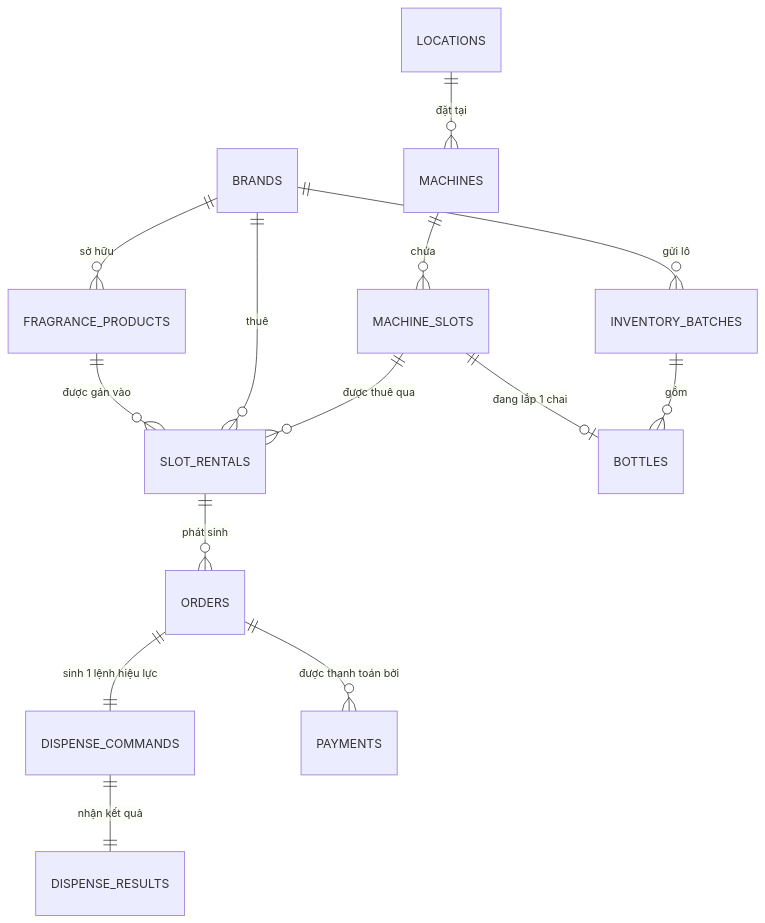
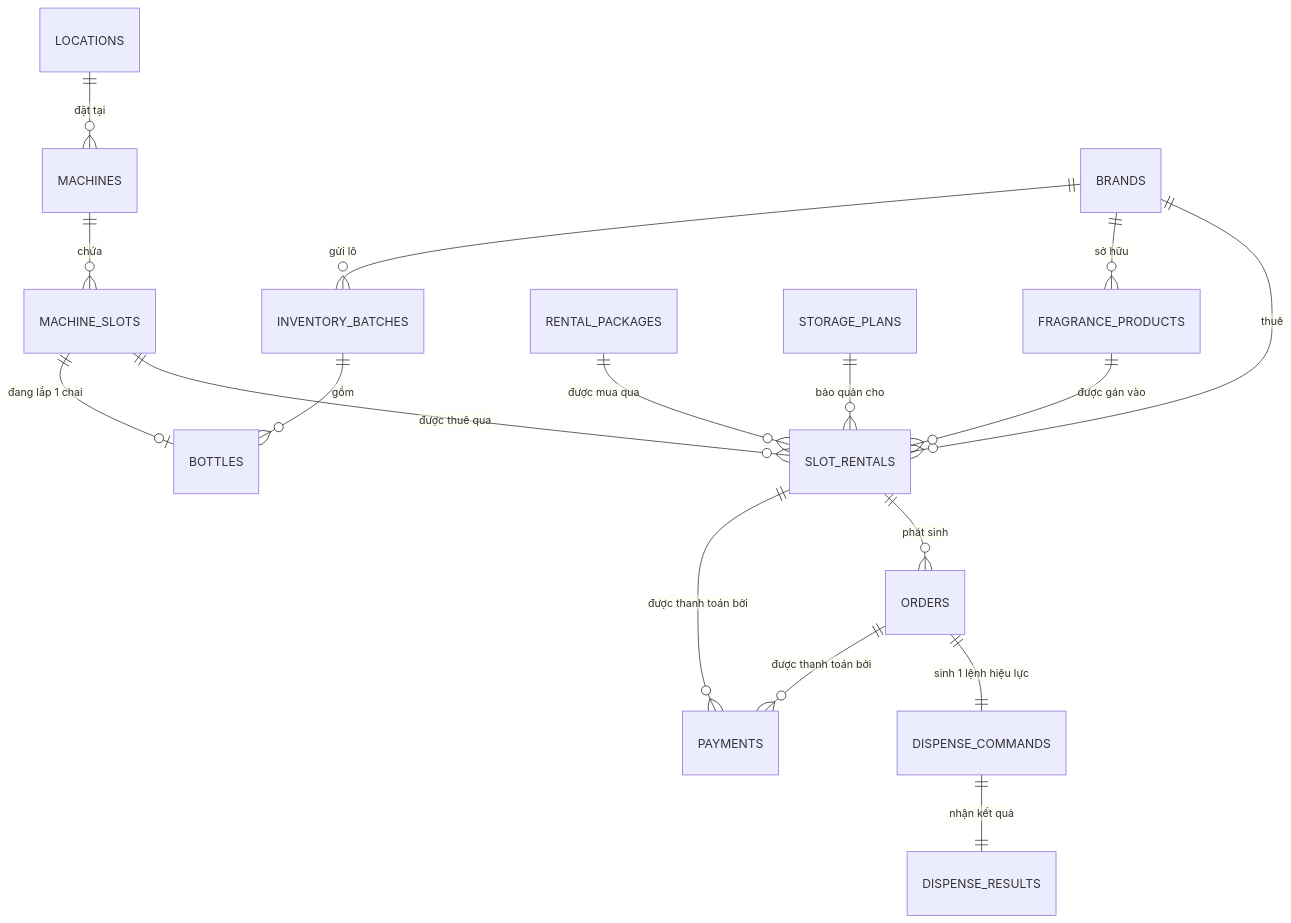
One commit to nhax-work/Muti-Brand_PerfumeIOT changed the first of 7 diagrams in spec/contracts/erd.md. Above: the diagram before and after it, drawn with Mermaid. The commit also changed other lines of this file and 37 other files, not shown here.

Commit message:
chore: add initial project specifications, architecture docs, API contracts, and database migrations

````diff
--- a/spec/contracts/erd.md
+++ b/spec/contracts/erd.md
@@ -18,16 +19,19 @@
 ```mermaid
 erDiagram
     LOCATIONS          ||--o{ MACHINES : "đặt tại"
     MACHINES           ||--o{ MACHINE_SLOTS : "chứa"
     MACHINE_SLOTS      ||--o{ SLOT_RENTALS : "được thuê qua"
     BRANDS             ||--o{ SLOT_RENTALS : "thuê"
     BRANDS             ||--o{ FRAGRANCE_PRODUCTS : "sở hữu"
     FRAGRANCE_PRODUCTS ||--o{ SLOT_RENTALS : "được gán vào"
     SLOT_RENTALS       ||--o{ ORDERS : "phát sinh"
+    SLOT_RENTALS       ||--o{ PAYMENTS : "được thanh toán bởi"
+    RENTAL_PACKAGES    ||--o{ SLOT_RENTALS : "được mua qua"
+    STORAGE_PLANS      ||--o{ SLOT_RENTALS : "bảo quản cho"
     ORDERS             ||--|| DISPENSE_COMMANDS : "sinh 1 lệnh hiệu lực"
     DISPENSE_COMMANDS  ||--|| DISPENSE_RESULTS : "nhận kết quả"
     ORDERS             ||--o{ PAYMENTS : "được thanh toán bởi"
     BRANDS             ||--o{ INVENTORY_BATCHES : "gửi lô"
     INVENTORY_BATCHES  ||--o{ BOTTLES : "gồm"
     MACHINE_SLOTS      ||--o| BOTTLES : "đang lắp 1 chai"
 ```
````
